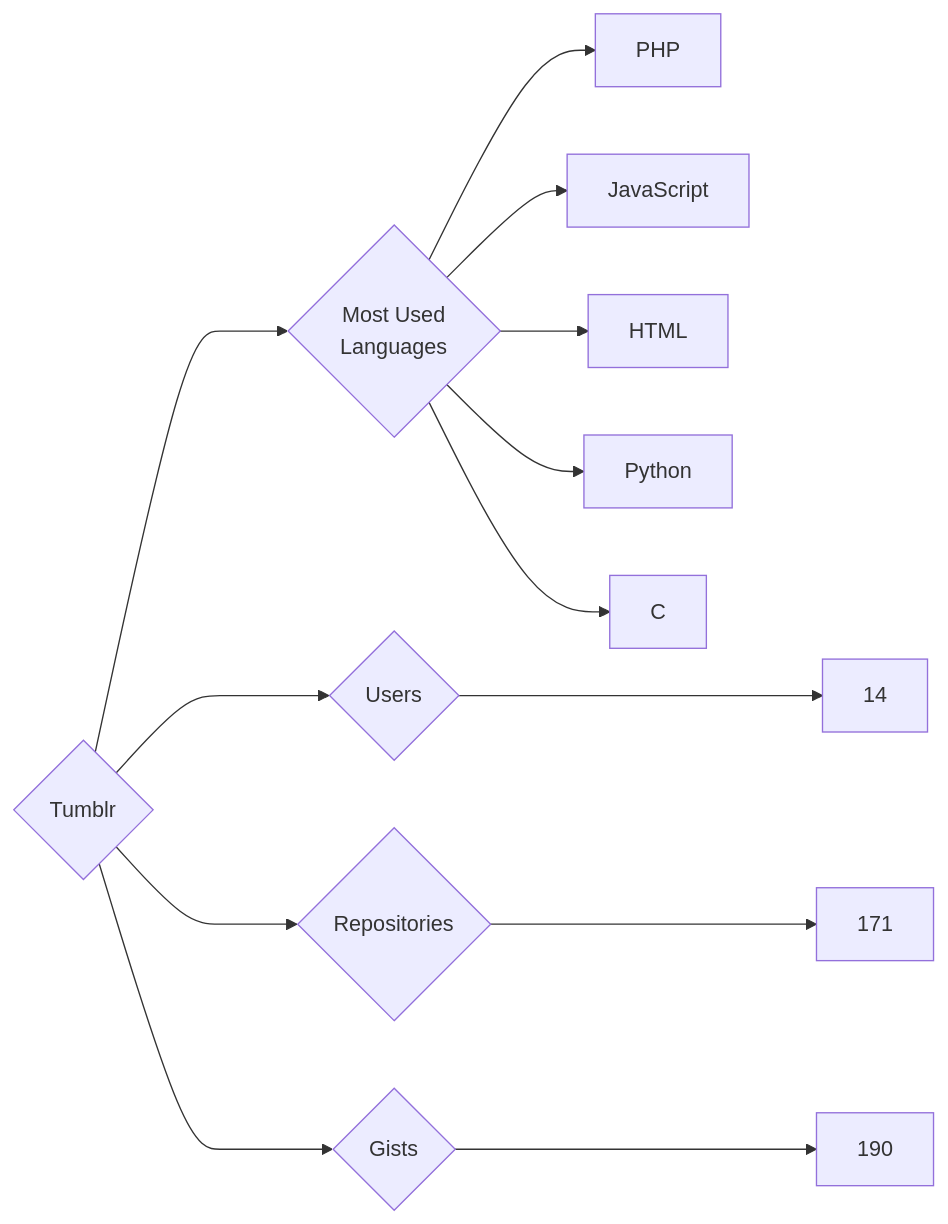
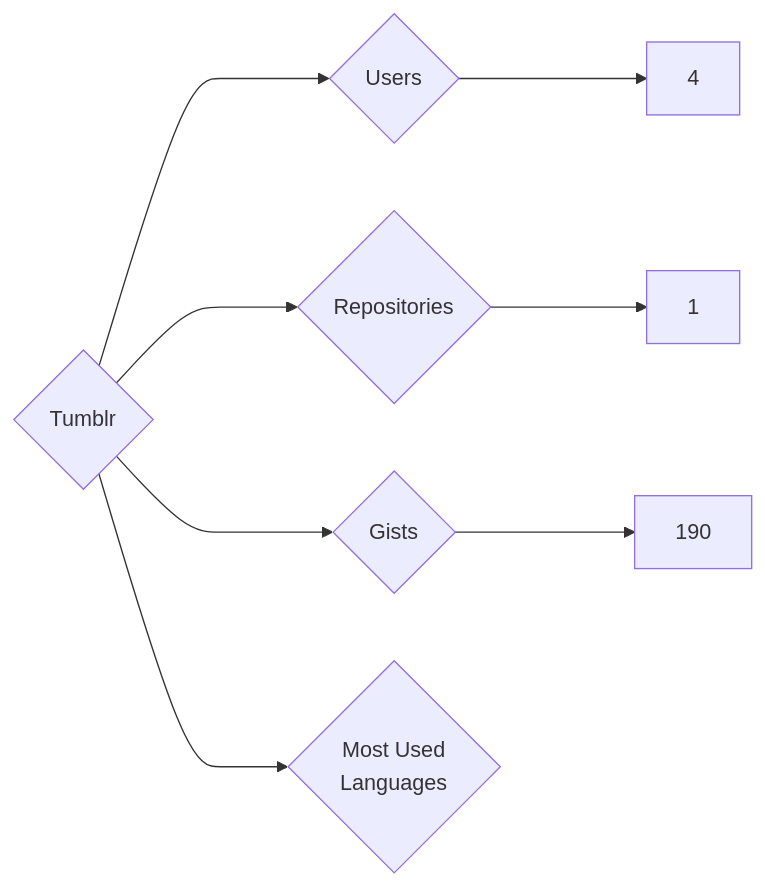
Before and after one commit to trickest/insiders: the diagram in targets/Tumblr/README.md, drawn with Mermaid. The commit also changed 1496 other files, not shown here.

````diff
--- a/targets/Tumblr/README.md
+++ b/targets/Tumblr/README.md
@@ -3,13 +3,8 @@
 ```mermaid
 graph LR
 COMPANY_NAME{Tumblr}
-COMPANY_NAME ---> U{Users} ---> UN[14]
-COMPANY_NAME ---> R{Repositories} ---> RN[171]
+COMPANY_NAME ---> U{Users} ---> UN[4]
+COMPANY_NAME ---> R{Repositories} ---> RN[1]
 COMPANY_NAME ---> G{Gists} ---> GN[190]
 COMPANY_NAME ---> ML{Most Used<br>Languages}
-ML --> PHP[PHP]
-ML --> JavaScript[JavaScript]
-ML --> HTML[HTML]
-ML --> Python[Python]
-ML --> C[C]
 ```
````
